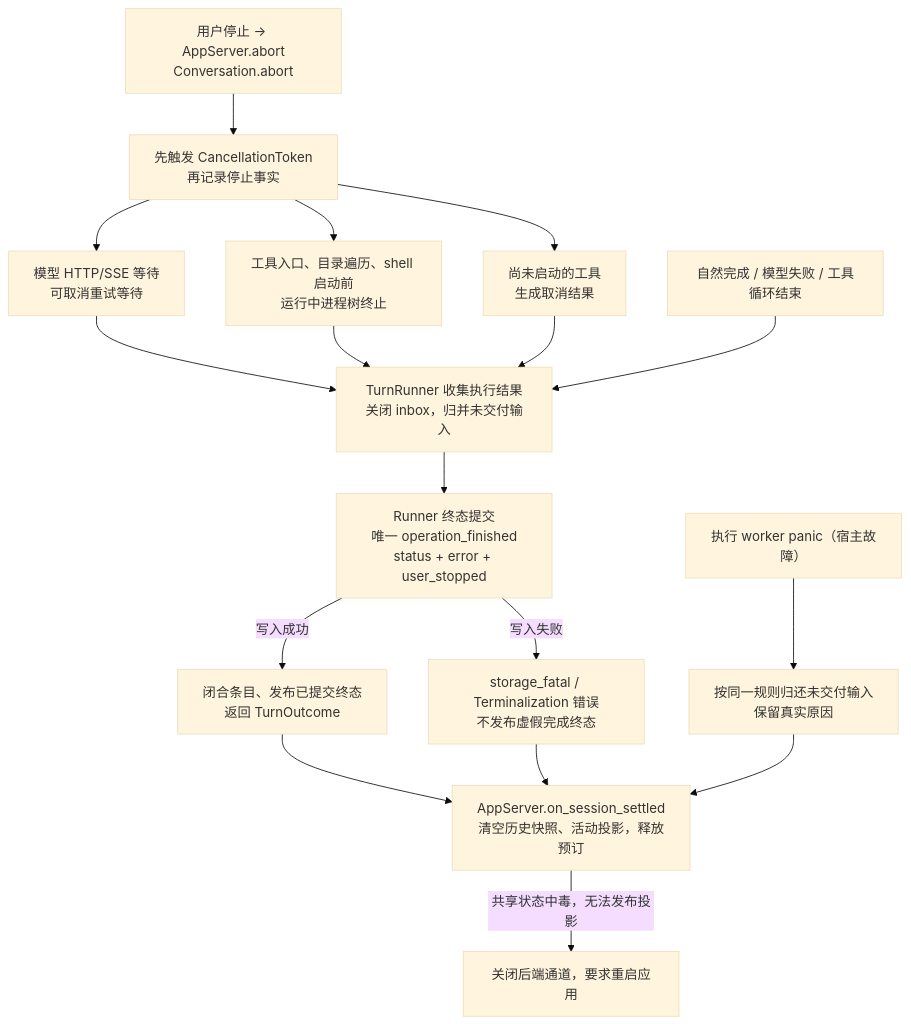
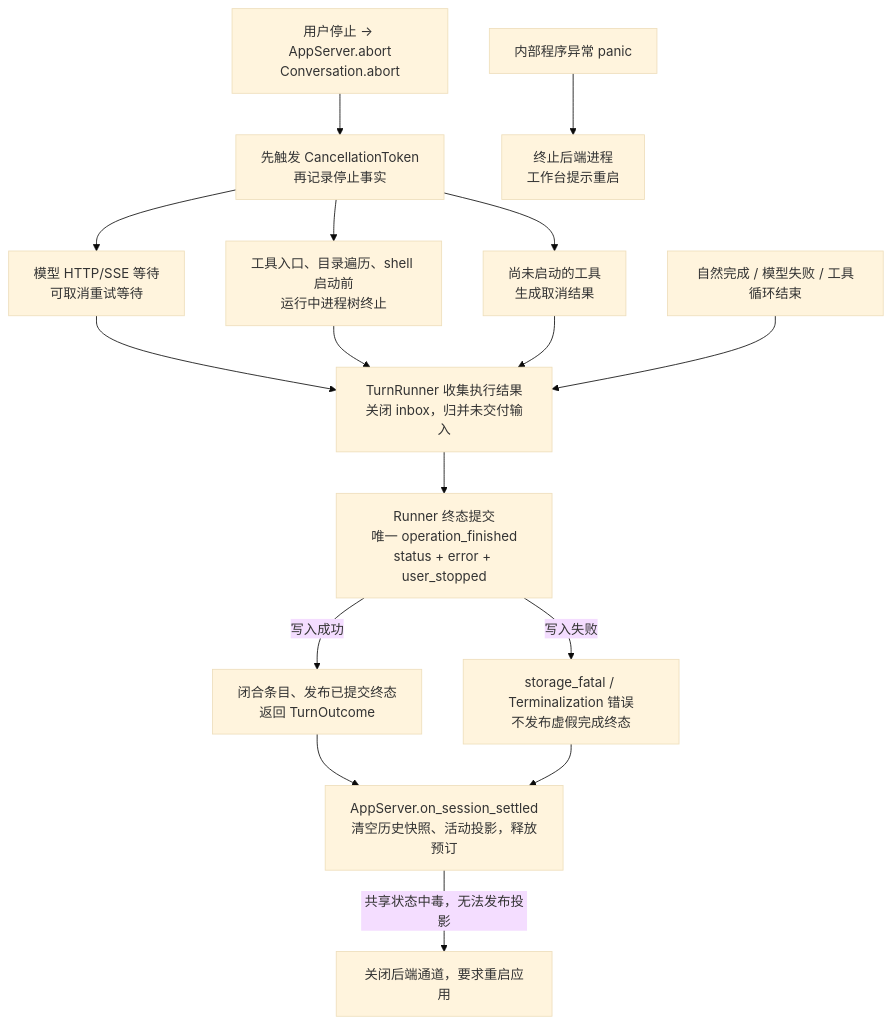
Diagram 17 of 29 in docs/architecture.md (qjcnmd/singularity-agent), drawn with Mermaid (base theme) before and after one commit. The commit also changed other lines of this file and 137 other files, not shown here.

````diff
--- a/docs/architecture.md
+++ b/docs/architecture.md
@@ -465,19 +465,18 @@
 ```mermaid
 flowchart TB
     Stop["用户停止 → AppServer.abort<br/>Conversation.abort"] --> Signal["先触发 CancellationToken<br/>再记录停止事实"]
     Signal --> Model["模型 HTTP/SSE 等待<br/>可取消重试等待"]
     Signal --> Tools["工具入口、目录遍历、shell 启动前<br/>运行中进程树终止"]
     Signal --> Unstarted["尚未启动的工具<br/>生成取消结果"]
     Model --> Finish["TurnRunner 收集执行结果<br/>关闭 inbox，归并未交付输入"]
     Tools --> Finish
     Unstarted --> Finish
     Normal["自然完成 / 模型失败 / 工具循环结束"] --> Finish
     Finish --> Commit["Runner 终态提交<br/>唯一 operation_finished<br/>status + error + user_stopped"]
     Commit -->|"写入成功"| Publish["闭合条目、发布已提交终态<br/>返回 TurnOutcome"]
     Commit -->|"写入失败"| Fatal["storage_fatal / Terminalization 错误<br/>不发布虚假完成终态"]
     Publish --> Settled["AppServer.on_session_settled<br/>清空历史快照、活动投影，释放预订"]
     Fatal --> Settled
-    Panic["执行 worker panic（宿主故障）"] --> Handback["按同一规则归还未交付输入<br/>保留真实原因"]
-    Handback --> Settled
+    Panic["内部程序异常 panic"] --> Exit["终止后端进程<br/>工作台提示重启"]
     Settled -->|"共享状态中毒，无法发布投影"| HostExit["关闭后端通道，要求重启应用"]
 ```
````
